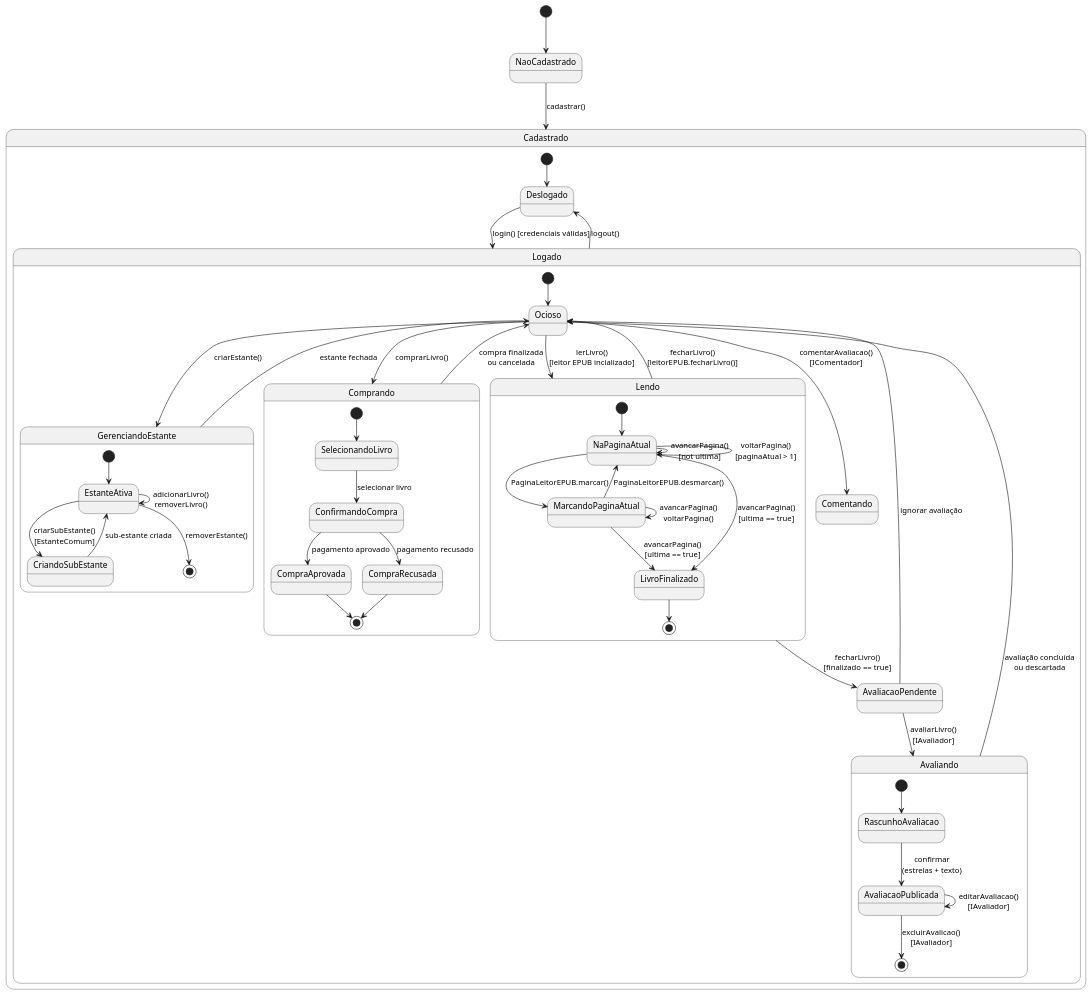
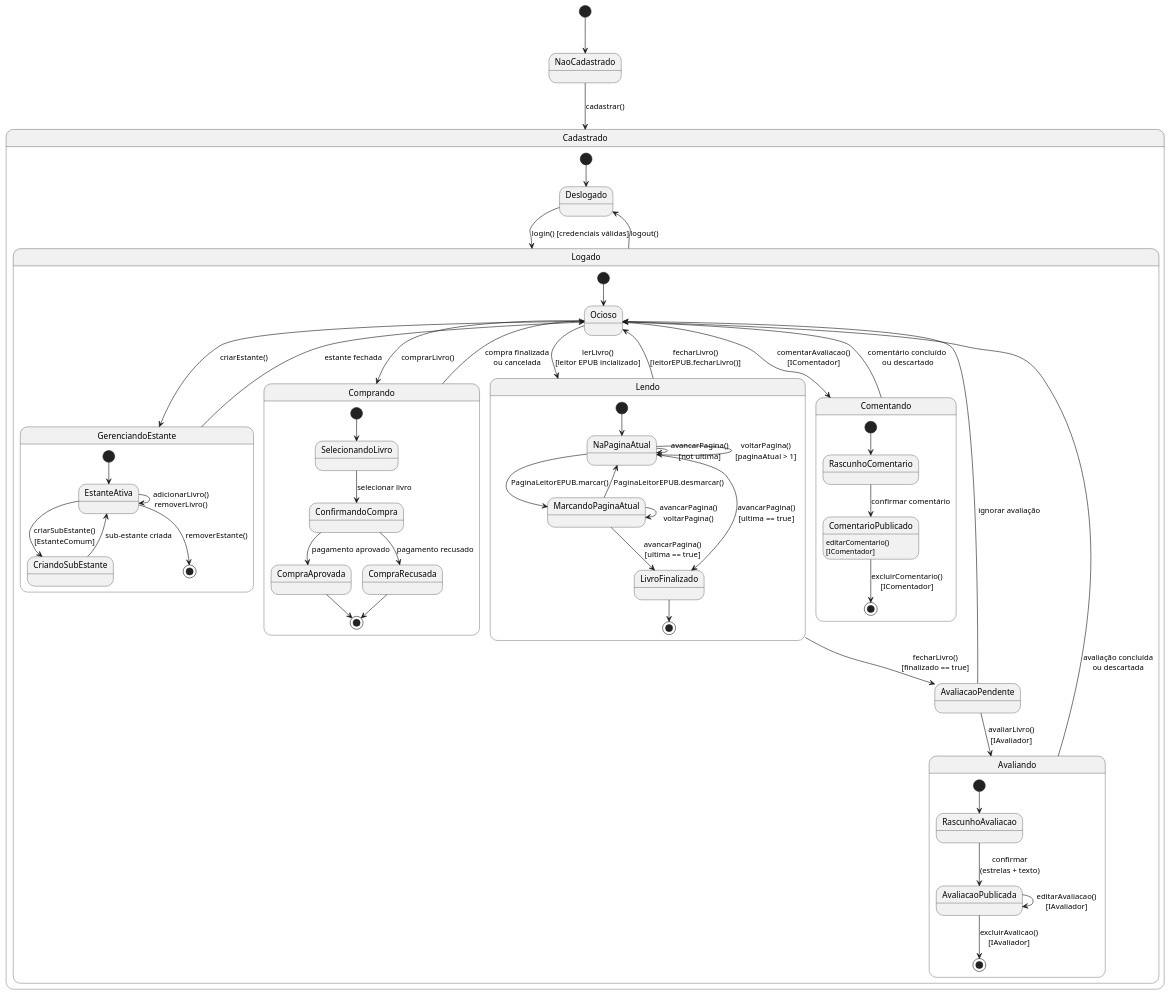
The diagram in docs/codigo-plantuml/diagramas-estados/dte-leitor.puml (jalv21/iLib), drawn with PlantUML before and after one commit.

Commit message:
docs/criando ciclo de comentário em avaliações

```diff
--- a/docs/codigo-plantuml/diagramas-estados/dte-leitor.puml
+++ b/docs/codigo-plantuml/diagramas-estados/dte-leitor.puml
@@ -1,79 +1,88 @@
 @startuml dte-leitor
 skinparam style strictuml
 
 [*] --> NaoCadastrado
 
 state NaoCadastrado {
 }
 
 NaoCadastrado --> Cadastrado : cadastrar()
 
 state Cadastrado {
     [*] --> Deslogado
     Deslogado --> Logado : login() [credenciais válidas]
     Logado --> Deslogado : logout()
 }
 
 state Logado {
     [*] --> Ocioso
 
     Ocioso --> GerenciandoEstante : criarEstante()
 
     state GerenciandoEstante {
         [*] --> EstanteAtiva
 
         EstanteAtiva --> EstanteAtiva : adicionarLivro()\nremoverLivro()
         EstanteAtiva --> CriandoSubEstante : criarSubEstante()\n[EstanteComum]
         CriandoSubEstante --> EstanteAtiva : sub-estante criada
 
         EstanteAtiva --> [*] : removerEstante()
     }
 
     GerenciandoEstante --> Ocioso : estante fechada
 
     Ocioso --> Comprando : comprarLivro()
 
     state Comprando {
         [*] --> SelecionandoLivro
         SelecionandoLivro --> ConfirmandoCompra : selecionar livro
         ConfirmandoCompra --> CompraAprovada : pagamento aprovado
         ConfirmandoCompra --> CompraRecusada : pagamento recusado
         CompraAprovada --> [*]
         CompraRecusada --> [*]
     }
     Comprando --> Ocioso : compra finalizada\nou cancelada
 
     Ocioso --> Lendo : lerLivro()\n[leitor EPUB incializado]
 
     state Lendo {
         [*] --> NaPaginaAtual
         NaPaginaAtual --> NaPaginaAtual : avancarPagina()\n[not ultima]
         NaPaginaAtual --> NaPaginaAtual : voltarPagina()\n[paginaAtual > 1]
         NaPaginaAtual --> MarcandoPaginaAtual : PaginaLeitorEPUB.marcar()
         MarcandoPaginaAtual --> NaPaginaAtual : PaginaLeitorEPUB.desmarcar()
         MarcandoPaginaAtual --> MarcandoPaginaAtual : avancarPagina()\nvoltarPagina()
 
         NaPaginaAtual --> LivroFinalizado : avancarPagina()\n[ultima == true]
         MarcandoPaginaAtual --> LivroFinalizado : avancarPagina()\n[ultima == true]
 
         LivroFinalizado --> [*]
     }
     
     Lendo --> Ocioso : fecharLivro()\n[leitorEPUB.fecharLivro()]
     Lendo --> AvaliacaoPendente : fecharLivro()\n[finalizado == true]
 
     AvaliacaoPendente --> Avaliando : avaliarLivro()\n[IAvaliador]
     AvaliacaoPendente --> Ocioso : ignorar avaliação
 
     state Avaliando {
         [*] --> RascunhoAvaliacao
         RascunhoAvaliacao --> AvaliacaoPublicada : confirmar\n(estrelas + texto)
         AvaliacaoPublicada --> AvaliacaoPublicada : editarAvaliacao()\n[IAvaliador]
         AvaliacaoPublicada --> [*] : excluirAvalicao()\n[IAvaliador]
     }
 
     Avaliando --> Ocioso : avaliação concluída\nou descartada
 
     Ocioso --> Comentando : comentarAvaliacao()\n[IComentador]
+
+    state Comentando {
+        [*] --> RascunhoComentario
+        RascunhoComentario --> ComentarioPublicado : confirmar comentário
+        ComentarioPublicado : editarComentario()\n[IComentador]
+        ComentarioPublicado --> [*] : excluirComentario()\n[IComentador]
+    }
+    
+    Comentando --> Ocioso : comentário concluído \nou descartado
 }
 @enduml
```
